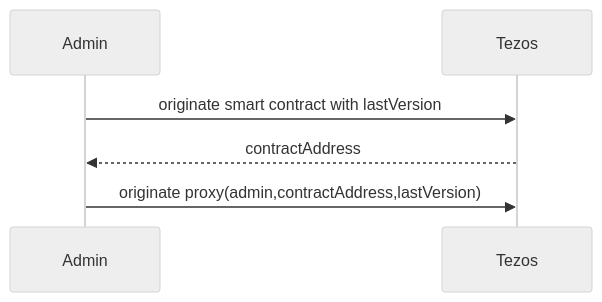
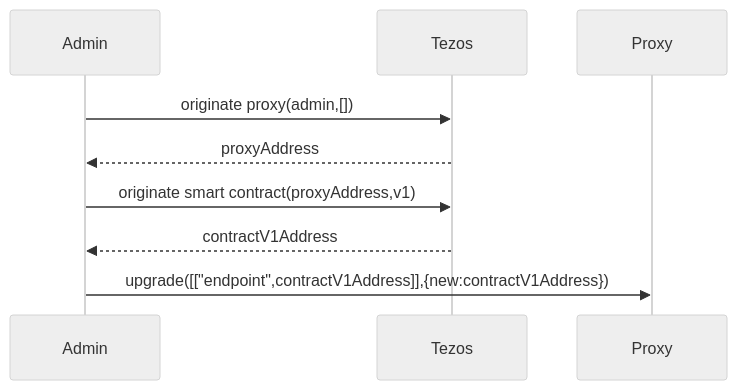
Before and after one commit to marigold-dev/training-dapp-4: the fifth of 7 diagrams in README.md, drawn with Mermaid (neutral theme). The commit also changed other lines of this file, not shown here.

Commit message:
update flow

````diff
--- a/README.md
+++ b/README.md
@@ -273,6 +273,8 @@
 ```mermaid
 sequenceDiagram
-  Admin->>Tezos: originate smart contract with lastVersion
-  Tezos-->>Admin: contractAddress
-  Admin->>Tezos: originate proxy(admin,contractAddress,lastVersion)
+  Admin->>Tezos: originate proxy(admin,[])
+  Tezos-->>Admin: proxyAddress
+  Admin->>Tezos: originate smart contract(proxyAddress,v1)
+  Tezos-->>Admin: contractV1Address
+  Admin->>Proxy: upgrade([["endpoint",contractV1Address]],{new:contractV1Address})
 ```
````
